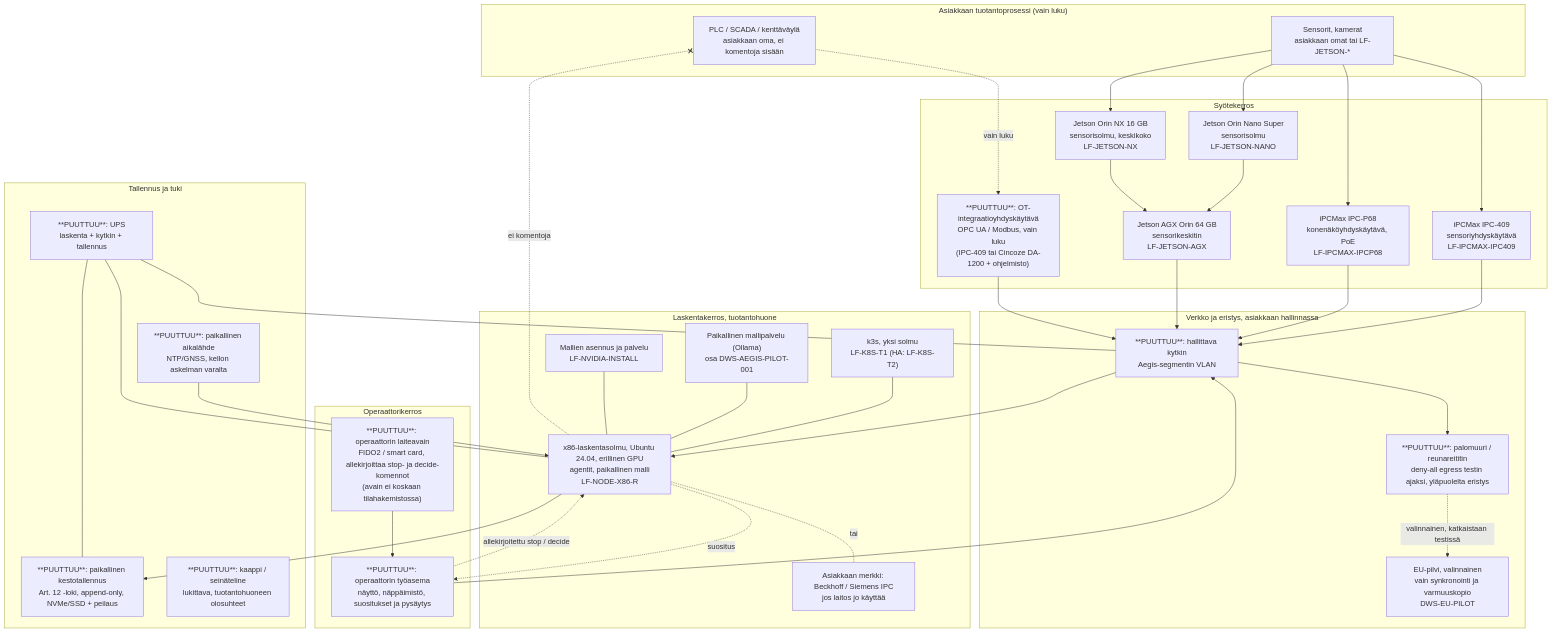
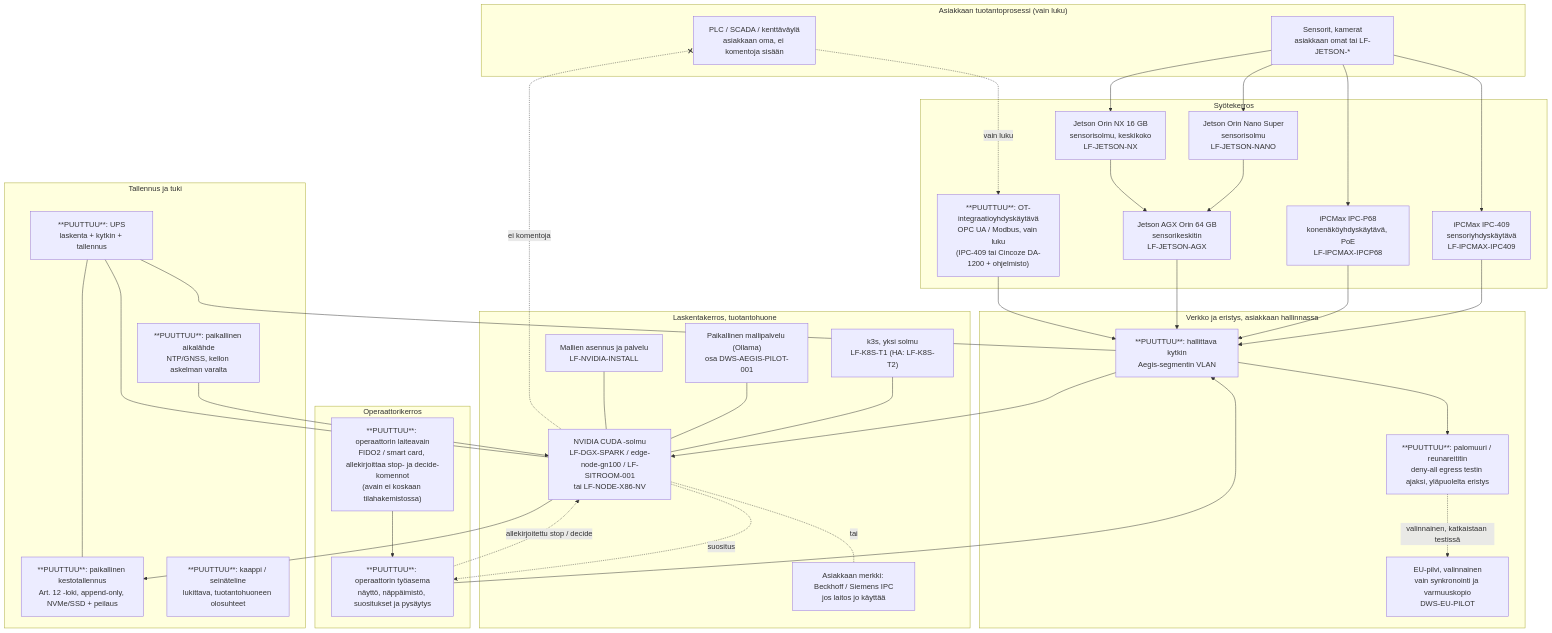
Before and after one commit to blogtheristo/opencode-all: the diagram in docs/sales/AEGIS_PILOT_LAITEKAAVIO_FI.md, drawn with Mermaid. The commit also changed other lines of this file and 29 other files, not shown here.

First line of the commit message:
docs(aegis-pilot): v2.0 hardened FI text, NVIDIA CUDA gate (x86-only reverted), versioned SKU composition (md+json) with customer profiles, archived all prior text versions

````diff
--- a/docs/sales/AEGIS_PILOT_LAITEKAAVIO_FI.md
+++ b/docs/sales/AEGIS_PILOT_LAITEKAAVIO_FI.md
@@ -28,62 +28,62 @@
 ```mermaid
 flowchart TB
   subgraph PROSESSI["Asiakkaan tuotantoprosessi (vain luku)"]
     PLC["PLC / SCADA / kenttäväylä<br/>asiakkaan oma, ei komentoja sisään"]
     SENS["Sensorit, kamerat<br/>asiakkaan omat tai LF-JETSON-*"]
   end
 
   subgraph SYOTE["Syötekerros"]
     GW1["iPCMax IPC-409<br/>sensoriyhdyskäytävä<br/>LF-IPCMAX-IPC409"]
     GW2["iPCMax IPC-P68<br/>konenäköyhdyskäytävä, PoE<br/>LF-IPCMAX-IPCP68"]
     JN["Jetson Orin Nano Super<br/>sensorisolmu<br/>LF-JETSON-NANO"]
     JX["Jetson Orin NX 16 GB<br/>sensorisolmu, keskikoko<br/>LF-JETSON-NX"]
     JA["Jetson AGX Orin 64 GB<br/>sensorikeskitin<br/>LF-JETSON-AGX"]
     OTGW["**PUUTTUU**: OT-integraatioyhdyskäytävä<br/>OPC UA / Modbus, vain luku<br/>(IPC-409 tai Cincoze DA-1200 + ohjelmisto)"]
   end
 
   subgraph LASKENTA["Laskentakerros, tuotantohuone"]
-    DGX["x86-laskentasolmu, Ubuntu 24.04, erillinen GPU<br/>agentit, paikallinen malli<br/>LF-NODE-X86-R"]
+    DGX["NVIDIA CUDA -solmu<br/>LF-DGX-SPARK / edge-node-gn100 / LF-SITROOM-001<br/>tai LF-NODE-X86-NV"]
     GN["Asiakkaan merkki: Beckhoff / Siemens IPC<br/>jos laitos jo käyttää"]
     K8S["k3s, yksi solmu<br/>LF-K8S-T1 (HA: LF-K8S-T2)"]
     SRV["Paikallinen mallipalvelu (Ollama)<br/>osa DWS-AEGIS-PILOT-001"]
     INST["Mallien asennus ja palvelu<br/>LF-NVIDIA-INSTALL"]
   end
 
   subgraph OPER["Operaattorikerros"]
     OPWS["**PUUTTUU**: operaattorin työasema<br/>näyttö, näppäimistö, suositukset ja pysäytys"]
     OPKEY["**PUUTTUU**: operaattorin laiteavain<br/>FIDO2 / smart card, allekirjoittaa stop- ja decide-komennot<br/>(avain ei koskaan tilahakemistossa)"]
   end
 
   subgraph VERKKO["Verkko ja eristys, asiakkaan hallinnassa"]
     SW["**PUUTTUU**: hallittava kytkin<br/>Aegis-segmentin VLAN"]
     FW["**PUUTTUU**: palomuuri / reunareititin<br/>deny-all egress testin ajaksi, yläpuolelta eristys"]
     CLOUD["EU-pilvi, valinnainen<br/>vain synkronointi ja varmuuskopio<br/>DWS-EU-PILOT"]
   end
 
   subgraph TALLENNUS["Tallennus ja tuki"]
     LEDGER["**PUUTTUU**: paikallinen kestotallennus<br/>Art. 12 -loki, append-only, NVMe/SSD + peilaus"]
     TIME["**PUUTTUU**: paikallinen aikalähde<br/>NTP/GNSS, kellon askelman varalta"]
     UPS["**PUUTTUU**: UPS<br/>laskenta + kytkin + tallennus"]
     RACK["**PUUTTUU**: kaappi / seinäteline<br/>lukittava, tuotantohuoneen olosuhteet"]
   end
 
   SENS --> GW1 & GW2 & JN & JX
   JN & JX --> JA
   PLC -. vain luku .-> OTGW
   GW1 & GW2 & JA & OTGW --> SW
   SW --> DGX
   DGX -. tai .- GN
   K8S --- DGX
   SRV --- DGX
   INST --- DGX
   DGX --> LEDGER
   TIME --> DGX
   OPWS --> SW
   OPKEY --> OPWS
   DGX -. suositus .-> OPWS
   OPWS -. allekirjoitettu stop / decide .-> DGX
   SW --> FW
   FW -. valinnainen, katkaistaan testissä .-> CLOUD
   UPS --- DGX & SW & LEDGER
   DGX -. ei komentoja .-x PLC
 ```
````
